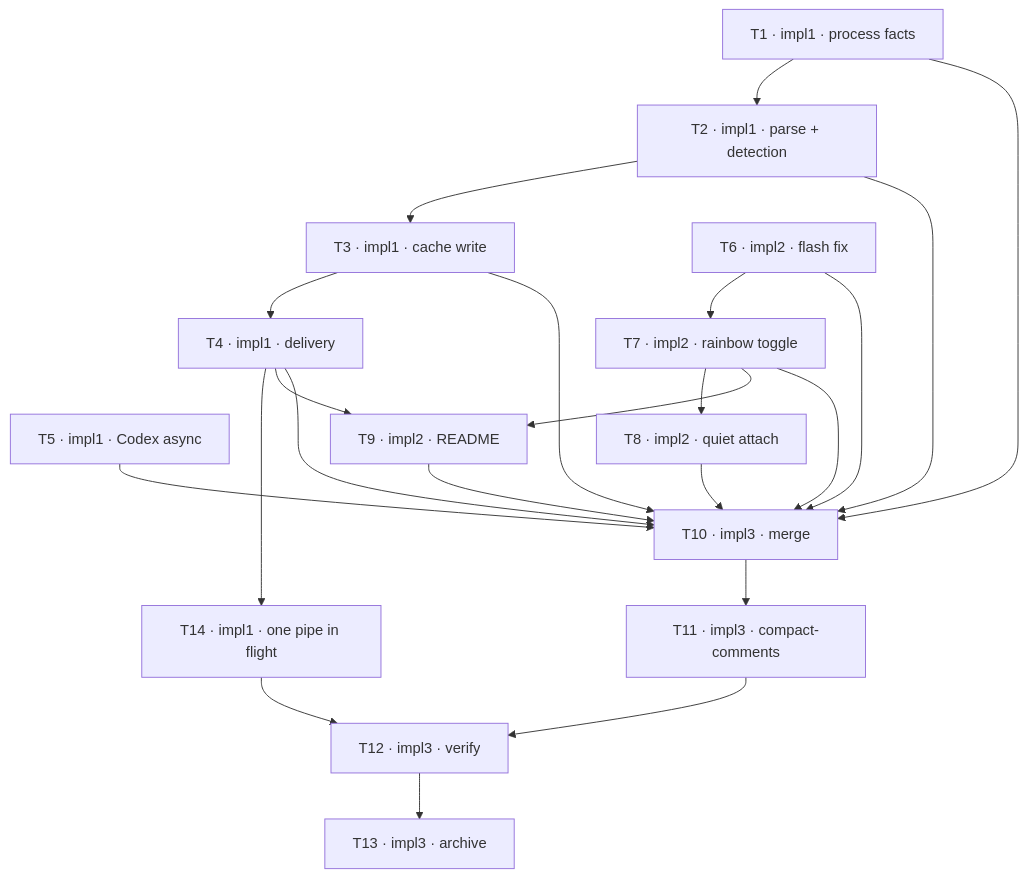
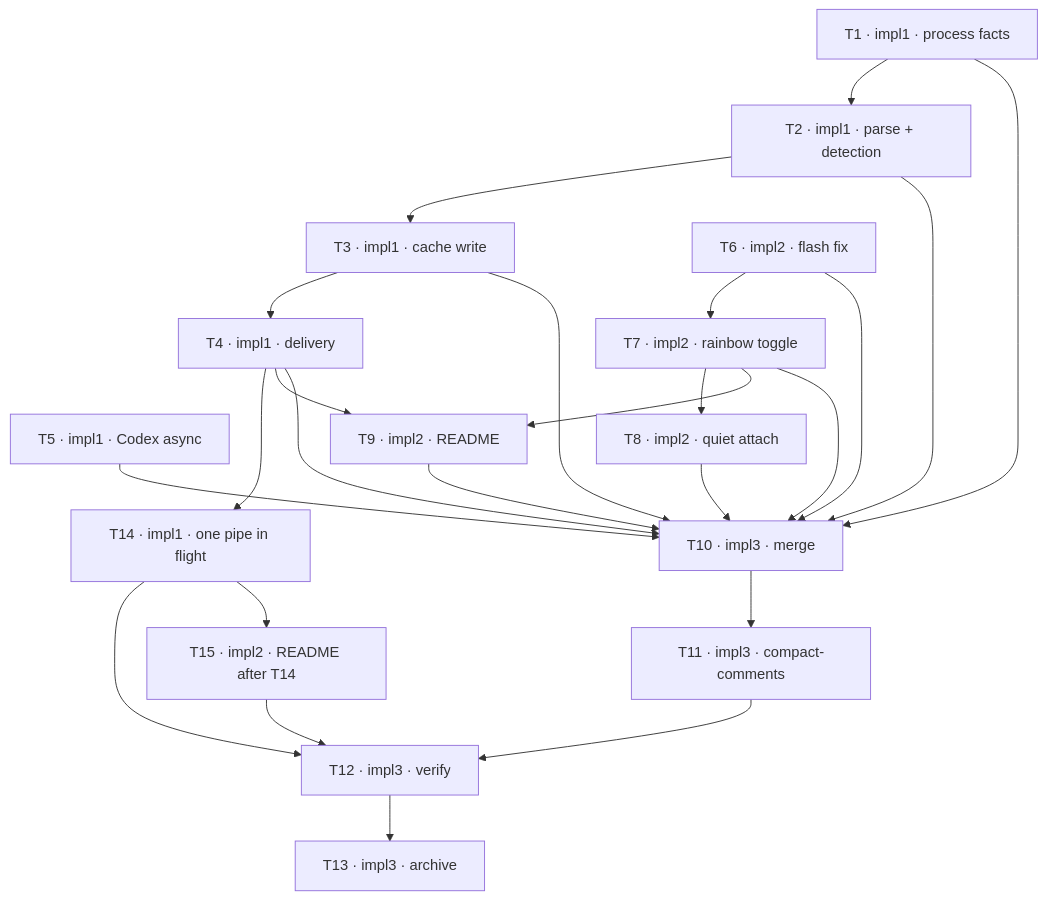
One commit to joeyjeong07/zellaude changed the diagram in CLAUDE_TODO-optimize-hook.md. Above: the diagram before and after it, drawn with Mermaid. The commit also changed other lines of this file and 1 other file, not shown here.

````diff
--- a/CLAUDE_TODO-optimize-hook.md
+++ b/CLAUDE_TODO-optimize-hook.md
@@ -39,25 +40,27 @@
 ```mermaid
 graph TD
   T1[T1 · impl1 · process facts] --> T2[T2 · impl1 · parse + detection]
   T2 --> T3[T3 · impl1 · cache write]
   T3 --> T4[T4 · impl1 · delivery]
   T4 --> T14[T14 · impl1 · one pipe in flight]
   T14 --> T12
+  T14 --> T15[T15 · impl2 · README after T14]
+  T15 --> T12
   T5[T5 · impl1 · Codex async]
   T6[T6 · impl2 · flash fix] --> T7[T7 · impl2 · rainbow toggle]
   T7 --> T8[T8 · impl2 · quiet attach]
   T4 --> T9[T9 · impl2 · README]
   T7 --> T9
   T4 --> T10[T10 · impl3 · merge]
   T5 --> T10
   T8 --> T10
   T9 --> T10
   T1 --> T10
   T2 --> T10
   T3 --> T10
   T6 --> T10
   T7 --> T10
   T10 --> T11[T11 · impl3 · compact-comments]
   T11 --> T12[T12 · impl3 · verify]
   T12 --> T13[T13 · impl3 · archive]
 ```
````
